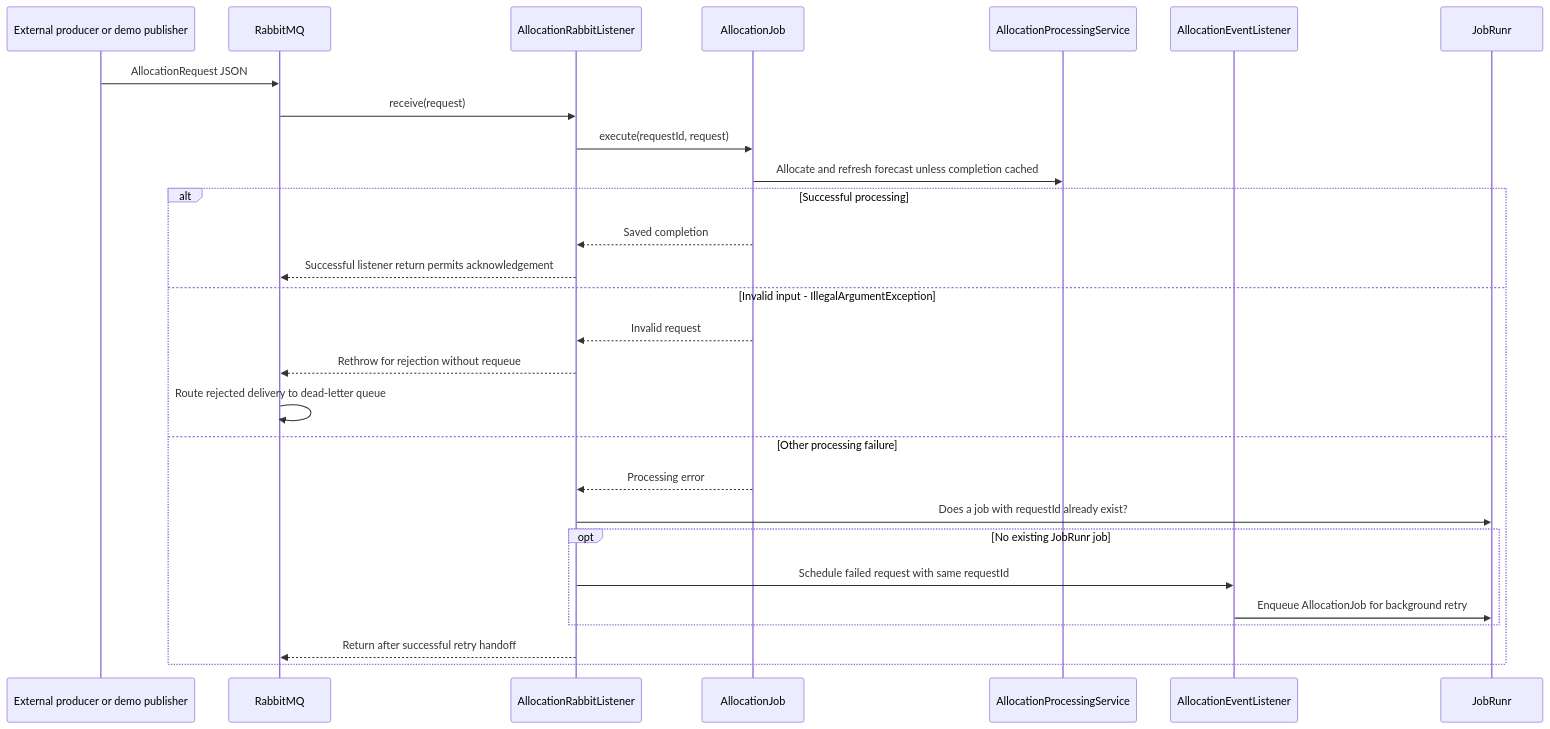
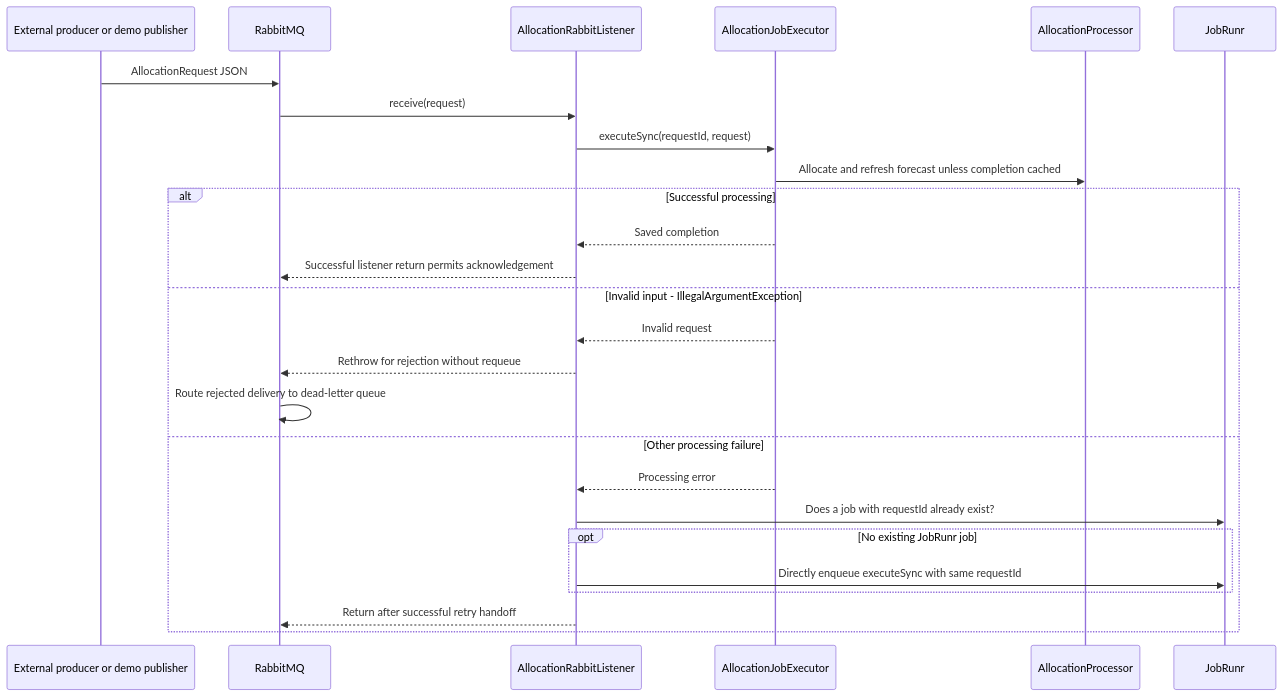
One commit to vriesjo/stockio changed the ninth of 15 diagrams in .github/memory/architecture.md. Above: the diagram before and after it, drawn with Mermaid. The commit also changed other lines of this file and 2 other files, not shown here.

````diff
--- a/.github/memory/architecture.md
+++ b/.github/memory/architecture.md
@@ -704,31 +738,29 @@
 ```mermaid
 sequenceDiagram
     participant Producer as External producer or demo publisher
     participant Rabbit as RabbitMQ
     participant Listener as AllocationRabbitListener
-    participant Job as AllocationJob
-    participant Processing as AllocationProcessingService
-    participant Fallback as AllocationEventListener
+    participant Job as AllocationJobExecutor
+    participant Processing as AllocationProcessor
     participant Runtime as JobRunr
 
     Producer->>Rabbit: AllocationRequest JSON
     Rabbit->>Listener: receive(request)
-    Listener->>Job: execute(requestId, request)
+    Listener->>Job: executeSync(requestId, request)
     Job->>Processing: Allocate and refresh forecast unless completion cached
     alt Successful processing
         Job-->>Listener: Saved completion
         Listener-->>Rabbit: Successful listener return permits acknowledgement
     else Invalid input - IllegalArgumentException
         Job-->>Listener: Invalid request
         Listener-->>Rabbit: Rethrow for rejection without requeue
         Rabbit->>Rabbit: Route rejected delivery to dead-letter queue
     else Other processing failure
         Job-->>Listener: Processing error
         Listener->>Runtime: Does a job with requestId already exist?
         opt No existing JobRunr job
-            Listener->>Fallback: Schedule failed request with same requestId
-            Fallback->>Runtime: Enqueue AllocationJob for background retry
+            Listener->>Runtime: Directly enqueue executeSync with same requestId
         end
         Listener-->>Rabbit: Return after successful retry handoff
     end
 ```
````
